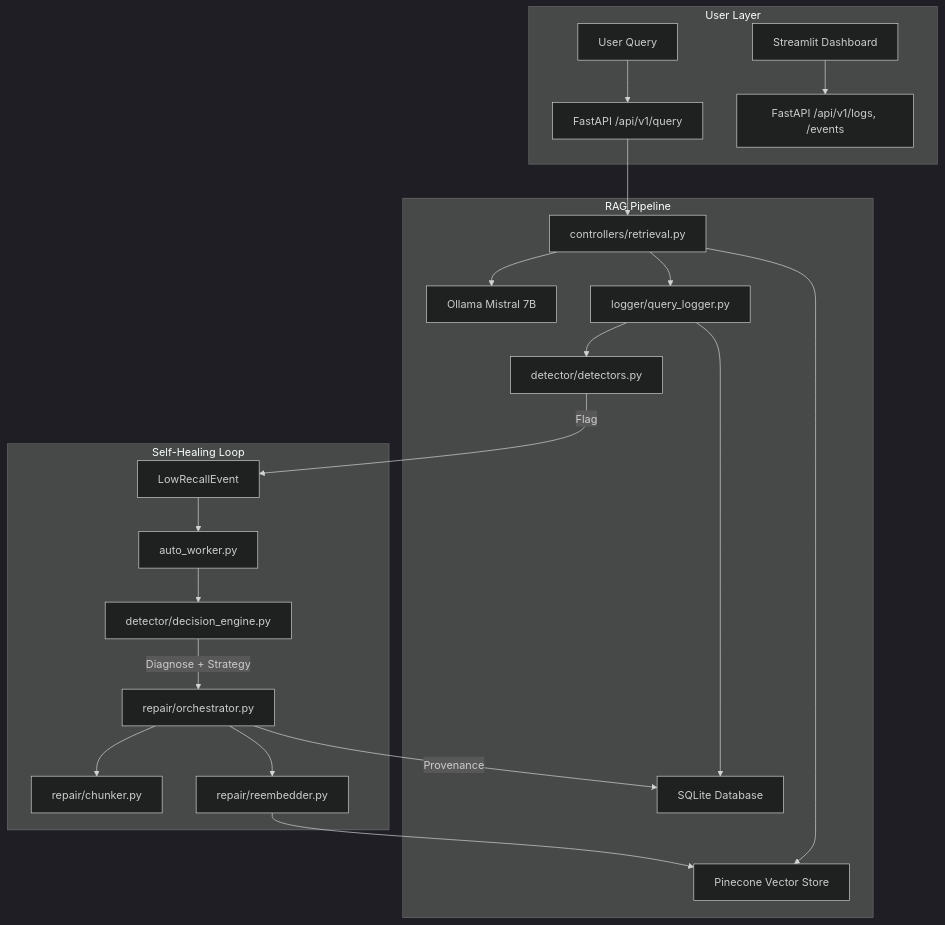
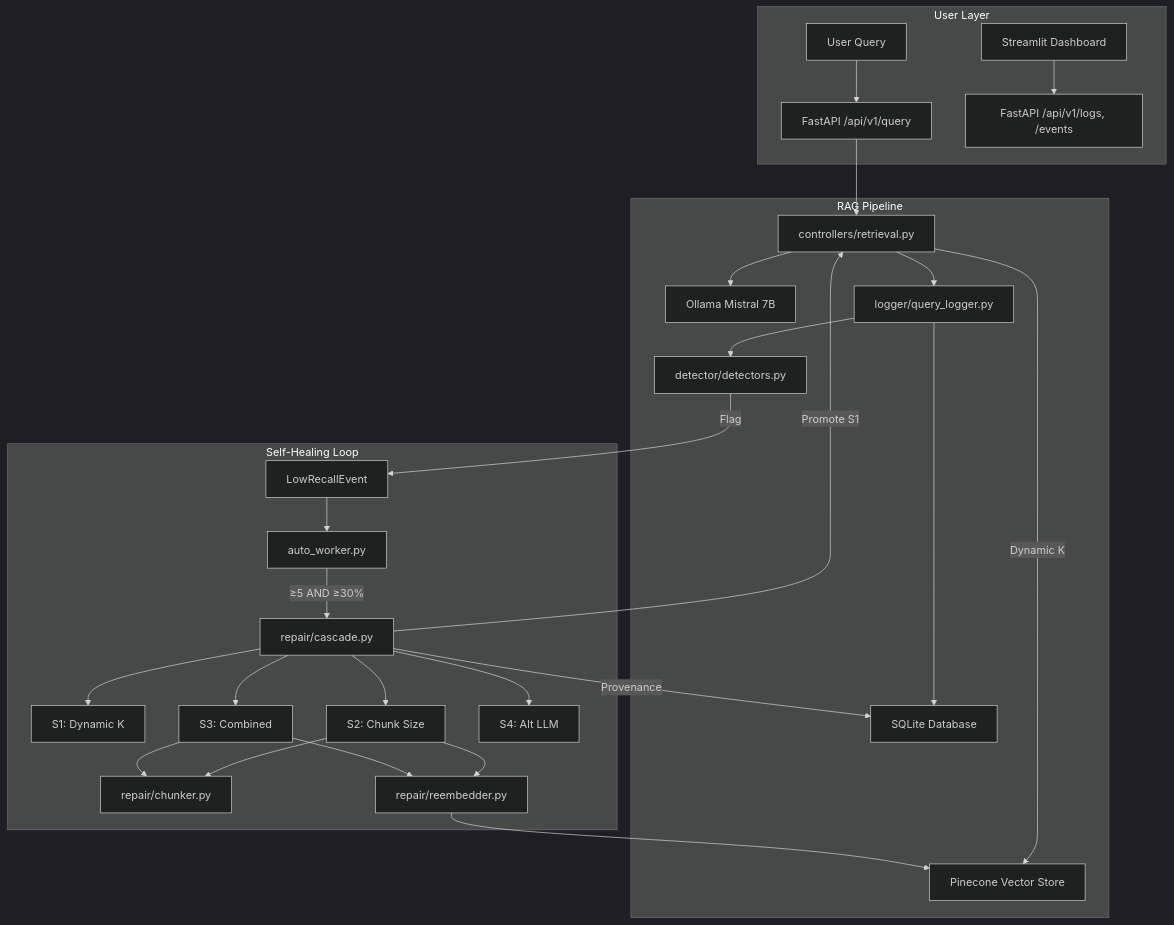
One commit to Ayaan0777/Self-Organizing-RAG changed the first of 3 diagrams in explanation.md. Above: the diagram before and after it, drawn with Mermaid (dark theme). The commit also changed other lines of this file and 16 other files, not shown here.

````diff
--- a/explanation.md
+++ b/explanation.md
@@ -13,27 +15,33 @@
 ```mermaid
 flowchart TB
     subgraph "User Layer"
         U["User Query"] --> API["FastAPI /api/v1/query"]
         DASH["Streamlit Dashboard"] --> API2["FastAPI /api/v1/logs, /events"]
     end
     
     subgraph "RAG Pipeline"
         API --> RET["controllers/retrieval.py"]
-        RET --> VS["Pinecone Vector Store"]
+        RET --> |"Dynamic K"| VS["Pinecone Vector Store"]
         RET --> LLM["Ollama Mistral 7B"]
         RET --> LOG["logger/query_logger.py"]
         LOG --> DB["SQLite Database"]
         LOG --> DET["detector/detectors.py"]
     end
     
     subgraph "Self-Healing Loop"
         DET --> |"Flag"| EVT["LowRecallEvent"]
         EVT --> AW["auto_worker.py"]
-        AW --> DE["detector/decision_engine.py"]
-        DE --> |"Diagnose + Strategy"| ORC["repair/orchestrator.py"]
-        ORC --> CHK["repair/chunker.py"]
-        ORC --> REB["repair/reembedder.py"]
+        AW --> |"≥5 AND ≥30%"| CAS["repair/cascade.py"]
+        CAS --> S1["S1: Dynamic K"]
+        CAS --> S2["S2: Chunk Size"]
+        CAS --> S3["S3: Combined"]
+        CAS --> S4["S4: Alt LLM"]
+        S2 --> CHK["repair/chunker.py"]
+        S2 --> REB["repair/reembedder.py"]
+        S3 --> CHK
+        S3 --> REB
         REB --> VS
-        ORC --> |"Provenance"| DB
+        CAS --> |"Provenance"| DB
+        CAS --> |"Promote S1"| RET
     end
 ```
````
